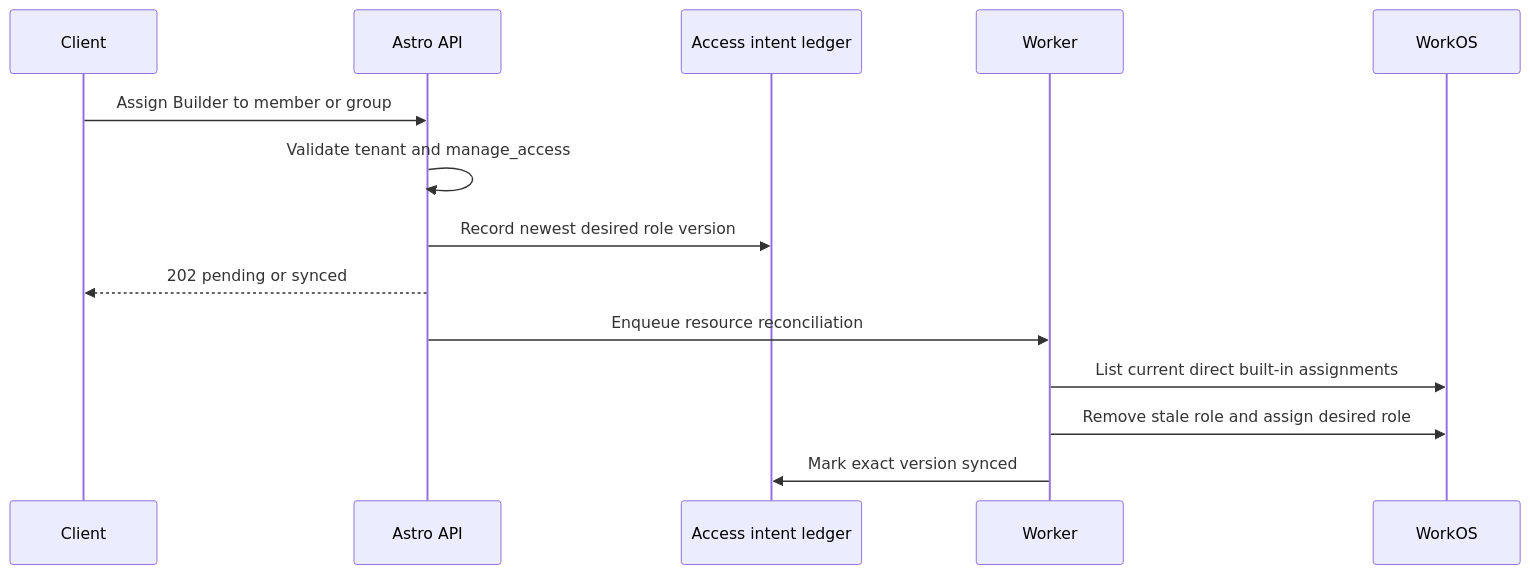
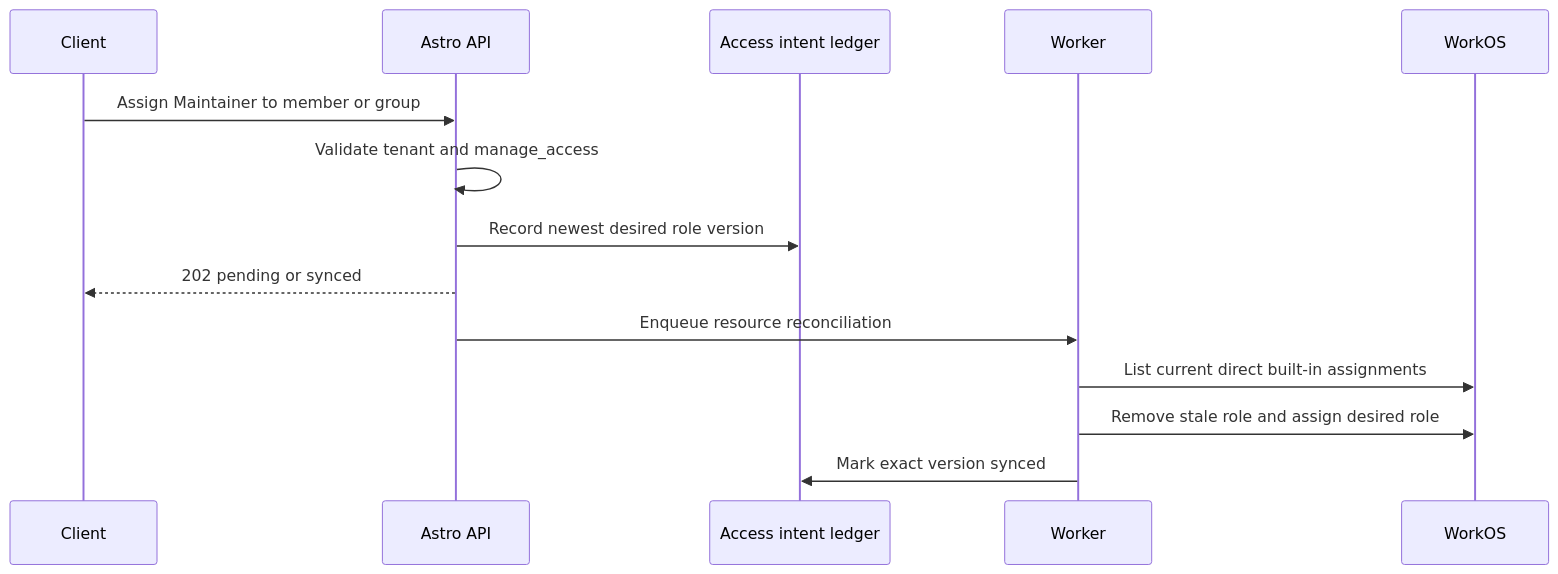
One commit to astropods/astro-cli changed the eighth of 8 diagrams in docs/03-architecture/fine-grained-access-control.md. Above: the diagram before and after it, drawn with Mermaid. The commit also changed other lines of this file and 8 other files, not shown here.

````diff
--- a/docs/03-architecture/fine-grained-access-control.md
+++ b/docs/03-architecture/fine-grained-access-control.md
@@ -204,17 +204,17 @@
 ```mermaid
 sequenceDiagram
     participant Client
     participant API as Astro API
     participant Ledger as Access intent ledger
     participant Worker
     participant WorkOS
 
-    Client->>API: Assign Builder to member or group
+    Client->>API: Assign Maintainer to member or group
     API->>API: Validate tenant and manage_access
     API->>Ledger: Record newest desired role version
     API-->>Client: 202 pending or synced
     API->>Worker: Enqueue resource reconciliation
     Worker->>WorkOS: List current direct built-in assignments
     Worker->>WorkOS: Remove stale role and assign desired role
     Worker->>Ledger: Mark exact version synced
 ```
````
